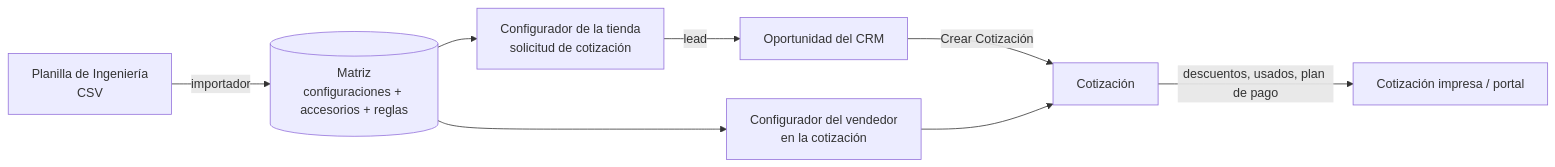
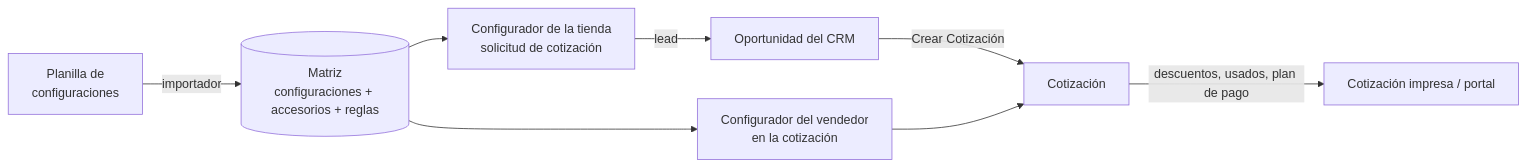
Before and after one commit to ffunes-cru/cotizador: the diagram in docs/conceptos.md, drawn with Mermaid. The commit also changed other lines of this file and 14 other files, not shown here.

````diff
--- a/docs/conceptos.md
+++ b/docs/conceptos.md
@@ -10,10 +10,10 @@
 ```mermaid
 flowchart LR
-    CSV[Planilla de Ingeniería<br/>CSV] -- importador --> M[(Matriz<br/>configuraciones + accesorios + reglas)]
+    CSV[Planilla de<br/>configuraciones] -- importador --> M[(Matriz<br/>configuraciones + accesorios + reglas)]
     M --> C[Configurador del vendedor<br/>en la cotización]
     M --> W[Configurador de la tienda<br/>solicitud de cotización]
     W -- lead --> CRM[Oportunidad del CRM]
     CRM -- Crear Cotización --> Q[Cotización]
     C --> Q
     Q -- descuentos, usados, plan de pago --> PDF[Cotización impresa / portal]
 ```
````
